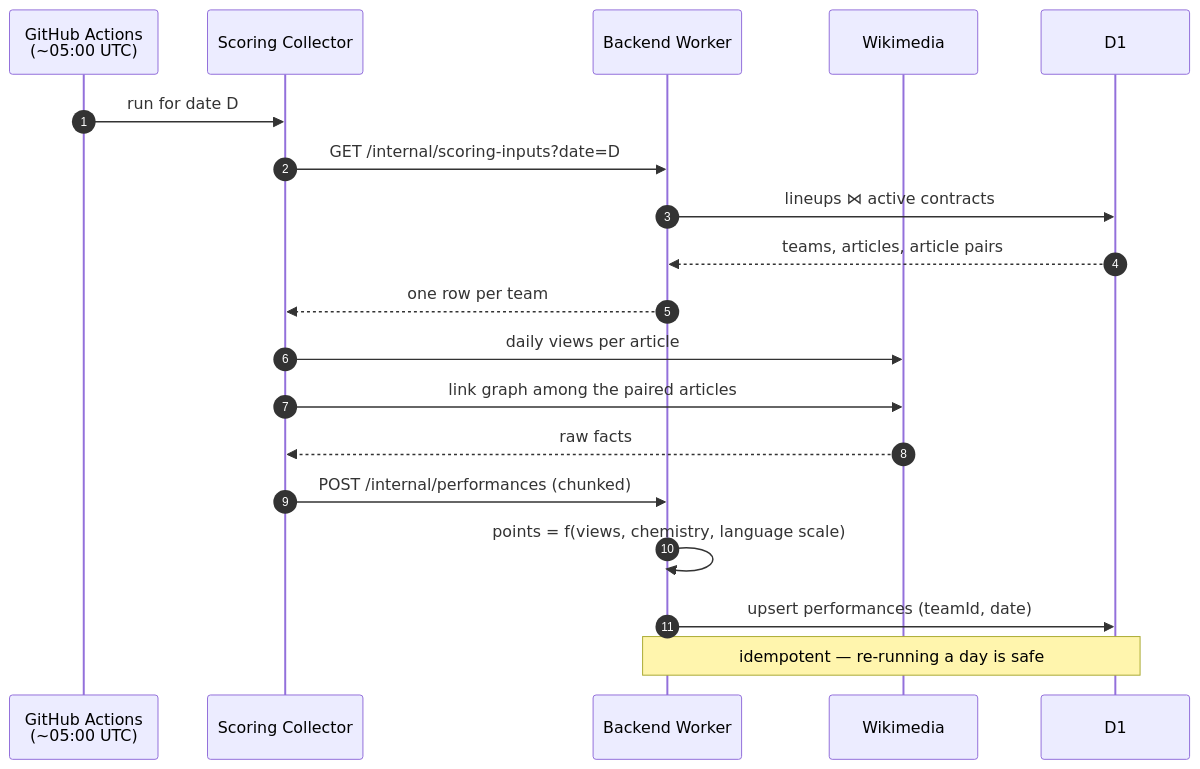
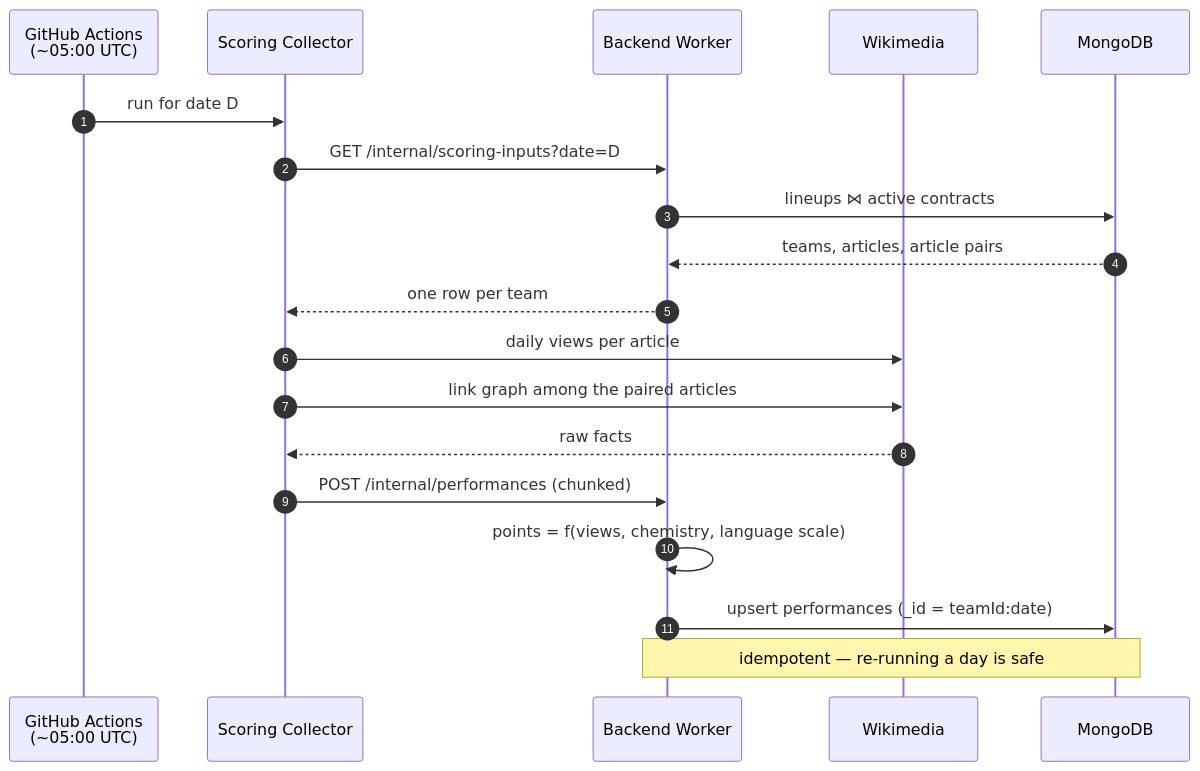
The third of 3 diagrams in docs/site/pages/overview/what-is-fantasywiki.md (FantasyWiki/FantasyWiki), drawn with Mermaid before and after one commit. The commit also changed other lines of this file and 48 other files, not shown here.

````diff
--- a/docs/site/pages/overview/what-is-fantasywiki.md
+++ b/docs/site/pages/overview/what-is-fantasywiki.md
@@ -105,22 +108,22 @@
 ```mermaid
 sequenceDiagram
   autonumber
   participant CRON as GitHub Actions<br/>(~05:00 UTC)
   participant COL as Scoring Collector
   participant BE as Backend Worker
   participant WM as Wikimedia
-  participant D1 as D1
+  participant DB as MongoDB
 
   CRON->>COL: run for date D
   COL->>BE: GET /internal/scoring-inputs?date=D
-  BE->>D1: lineups ⋈ active contracts
-  D1-->>BE: teams, articles, article pairs
+  BE->>DB: lineups ⋈ active contracts
+  DB-->>BE: teams, articles, article pairs
   BE-->>COL: one row per team
   COL->>WM: daily views per article
   COL->>WM: link graph among the paired articles
   WM-->>COL: raw facts
   COL->>BE: POST /internal/performances (chunked)
   BE->>BE: points = f(views, chemistry, language scale)
-  BE->>D1: upsert performances (teamId, date)
-  Note over BE,D1: idempotent — re-running a day is safe
+  BE->>DB: upsert performances (_id = teamId:date)
+  Note over BE,DB: idempotent — re-running a day is safe
 ```
````
